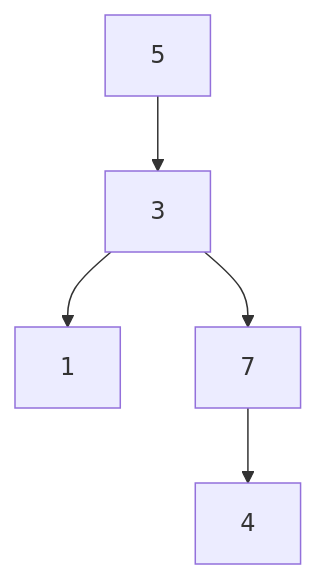
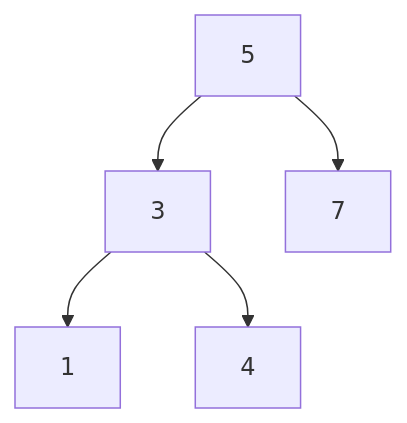
The second of 2 diagrams in arbolesHaskell/README.md (1rv1nn/lab-discretas), drawn with Mermaid before and after one commit. The commit also changed other lines of this file, not shown here.

````diff
--- a/arbolesHaskell/README.md
+++ b/arbolesHaskell/README.md
@@ -25,7 +40,7 @@
 ``` mermaid
 	graph TD
     5 --> 3
+	5 --> 7
     3 --> 1
-    3 --> 7
-    7 --> 4
+    3 --> 4
 ```	
````
